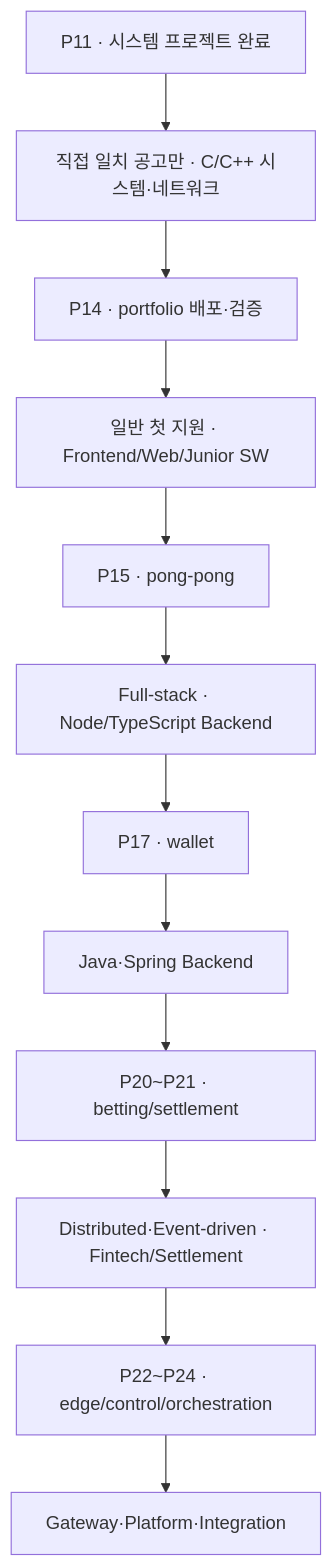
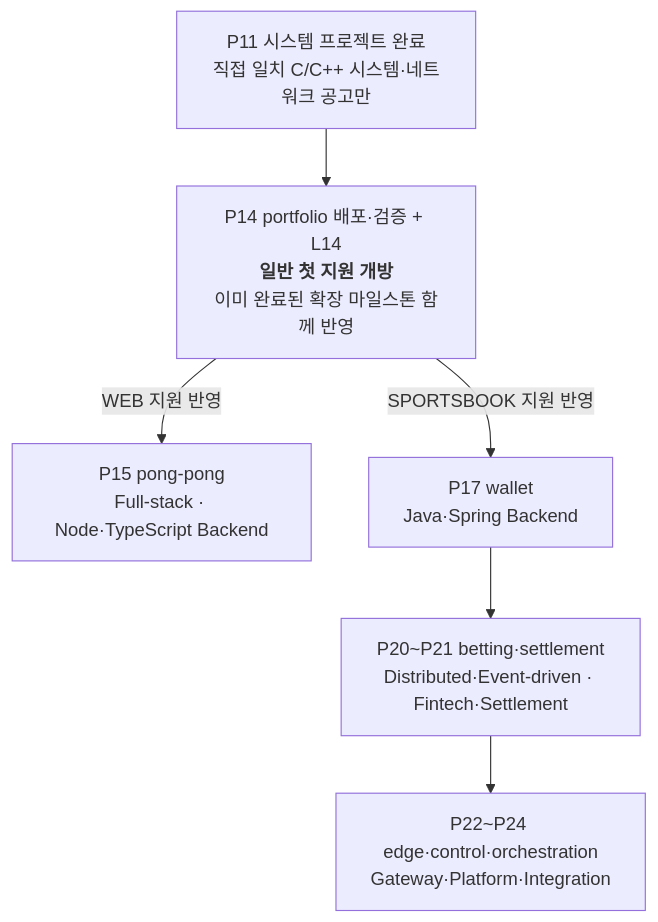
One commit to woopinbell/engineering-path-review changed the diagram in assets/path/career-expansion.mmd. Above: the diagram before and after it, drawn with Mermaid. The commit also changed 24 other files, not shown here.

```diff
--- a/assets/path/career-expansion.mmd
+++ b/assets/path/career-expansion.mmd
@@ -1,7 +1,12 @@
 flowchart TB
-  P11["P11 · 시스템 프로젝트 완료"] --> R11["직접 일치 공고만 · C/C++ 시스템·네트워크"]
-  R11 --> P14["P14 · portfolio 배포·검증"] --> R14["일반 첫 지원 · Frontend/Web/Junior SW"]
-  R14 --> P15["P15 · pong-pong"] --> R15["Full-stack · Node/TypeScript Backend"]
-  R15 --> P17["P17 · wallet"] --> R17["Java·Spring Backend"]
-  R17 --> P20["P20~P21 · betting/settlement"] --> R20["Distributed·Event-driven · Fintech/Settlement"]
-  R20 --> P24["P22~P24 · edge/control/orchestration"] --> R24["Gateway·Platform·Integration"]
+  P11["P11 시스템 프로젝트 완료<br/>직접 일치 C/C++ 시스템·네트워크 공고만"]
+  P14["P14 portfolio 배포·검증 + L14<br/><b>일반 첫 지원 개방</b><br/>이미 완료된 확장 마일스톤 함께 반영"]
+  P15["P15 pong-pong<br/>Full-stack · Node·TypeScript Backend"]
+  P17["P17 wallet<br/>Java·Spring Backend"]
+  P20["P20~P21 betting·settlement<br/>Distributed·Event-driven · Fintech·Settlement"]
+  P24["P22~P24 edge·control·orchestration<br/>Gateway·Platform·Integration"]
+
+  P11 --> P14
+  P14 -->|WEB 지원 반영| P15
+  P14 -->|SPORTSBOOK 지원 반영| P17
+  P17 --> P20 --> P24
```
